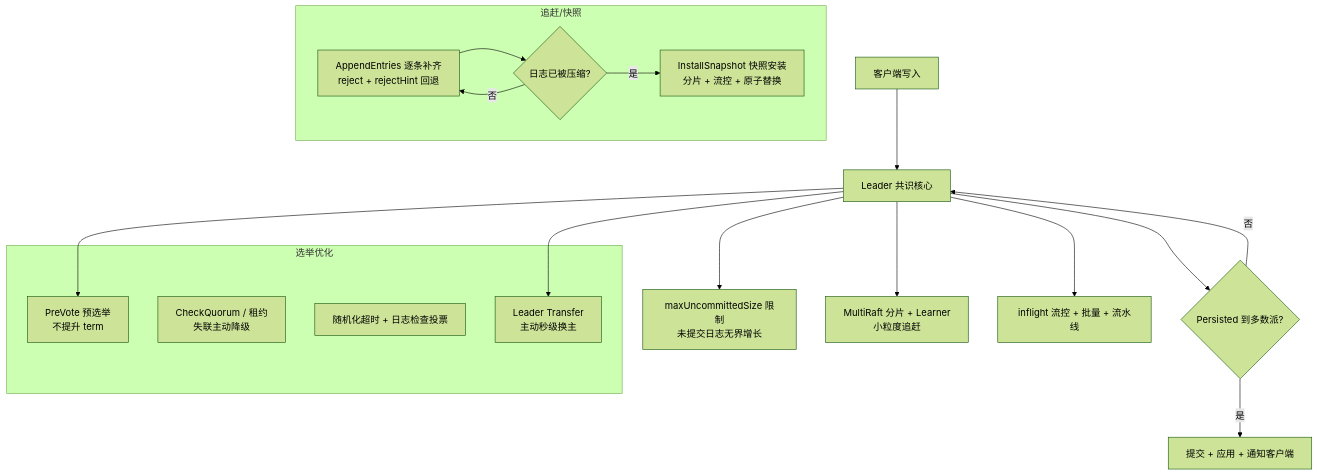
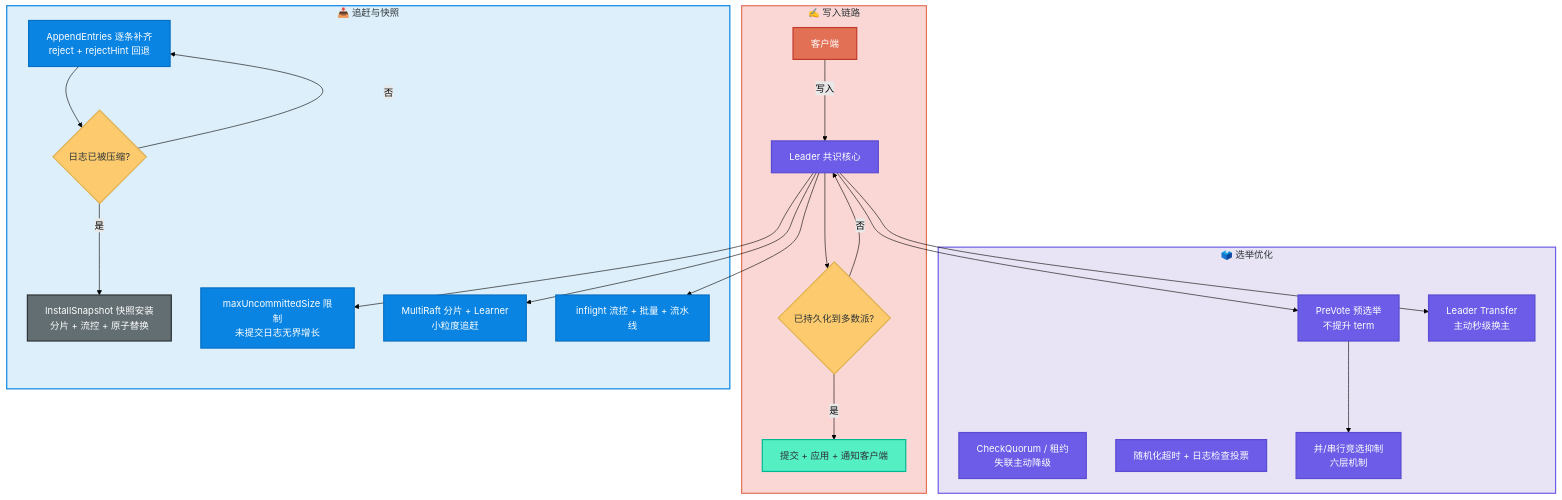
One commit to hswsp/cs-knowledge-wiki changed the diagram in docs/system-design/distributed-consensus/raft-object-storage-engineering.md. Above: the diagram before and after it, drawn with Mermaid (forest theme). The commit also changed other lines of this file, not shown here.

````diff
--- a/docs/system-design/distributed-consensus/raft-object-storage-engineering.md
+++ b/docs/system-design/distributed-consensus/raft-object-storage-engineering.md
@@ -254,32 +302,54 @@
 ```mermaid
-flowchart TD
-    A[客户端写入] --> B[Leader 共识核心]
-    B --> C{Persisted 到多数派?}
-    C -- 是 --> D[提交 + 应用 + 通知客户端]
-    C -- 否 --> B
-
-    subgraph 选举优化
-      E[PreVote 预选举<br/>不提升 term]
-      F[CheckQuorum / 租约<br/>失联主动降级]
-      G[随机化超时 + 日志检查投票]
-      H[Leader Transfer<br/>主动秒级换主]
+flowchart TB
+    subgraph write["✍️ 写入链路"]
+        A["客户端"] -->|写入| B["Leader 共识核心"]
+        B --> C{"已持久化到多数派?"}
+        C -- 是 --> D["提交 + 应用 + 通知客户端"]
+        C -- 否 --> B
     end
 
-    subgraph 追赶/快照
-      I[AppendEntries 逐条补齐<br/>reject + rejectHint 回退]
-      J{日志已被压缩?}
-      J -- 否 --> I
-      J -- 是 --> K[InstallSnapshot 快照安装<br/>分片 + 流控 + 原子替换]
+    subgraph elect["🗳️ 选举优化"]
+        E["PreVote 预选举<br/>不提升 term"]
+        F["CheckQuorum / 租约<br/>失联主动降级"]
+        G["随机化超时 + 日志检查投票"]
+        H["Leader Transfer<br/>主动秒级换主"]
+        I["并/串行竞选抑制<br/>六层机制"]
     end
 
-    L[maxUncommittedSize 限制<br/>未提交日志无界增长]
-    M[MultiRaft 分片 + Learner<br/>小粒度追赶]
-    N[inflight 流控 + 批量 + 流水线]
+    subgraph catchup["📥 追赶与快照"]
+        J["AppendEntries 逐条补齐<br/>reject + rejectHint 回退"]
+        K{"日志已被压缩?"}
+        K -- 否 --> J
+        K -- 是 --> L["InstallSnapshot 快照安装<br/>分片 + 流控 + 原子替换"]
+        M["maxUncommittedSize 限制<br/>未提交日志无界增长"]
+        N["MultiRaft 分片 + Learner<br/>小粒度追赶"]
+        O["inflight 流控 + 批量 + 流水线"]
+    end
 
     B --> E
     B --> H
-    I --> J
-    B --> L
+    E --> I
+    J --> K
     B --> M
     B --> N
+    B --> O
+
+    style A fill:#E17055,stroke:#C0392B,color:#fff,stroke-width:2px
+    style B fill:#6C5CE7,stroke:#5A4BD1,color:#fff,stroke-width:2px
+    style C fill:#FDCB6E,stroke:#E0B050,color:#2D3436,stroke-width:2px
+    style D fill:#55EFC4,stroke:#00B894,color:#2D3436,stroke-width:2px
+    style J fill:#0984E3,stroke:#0770C2,color:#fff,stroke-width:2px
+    style K fill:#FDCB6E,stroke:#E0B050,color:#2D3436,stroke-width:2px
+    style L fill:#636E72,stroke:#2D3436,color:#fff,stroke-width:2px
+    style M fill:#0984E3,stroke:#0770C2,color:#fff,stroke-width:2px
+    style N fill:#0984E3,stroke:#0770C2,color:#fff,stroke-width:2px
+    style O fill:#0984E3,stroke:#0770C2,color:#fff,stroke-width:2px
+    style E fill:#6C5CE7,stroke:#5A4BD1,color:#fff,stroke-width:2px
+    style F fill:#6C5CE7,stroke:#5A4BD1,color:#fff,stroke-width:2px
+    style G fill:#6C5CE7,stroke:#5A4BD1,color:#fff,stroke-width:2px
+    style H fill:#6C5CE7,stroke:#5A4BD1,color:#fff,stroke-width:2px
+    style I fill:#6C5CE7,stroke:#5A4BD1,color:#fff,stroke-width:2px
+    style write fill:#FAD7D4,stroke:#E17055,stroke-width:2px,color:#2D3436
+    style elect fill:#E8E4F5,stroke:#6C5CE7,stroke-width:2px,color:#2D3436
+    style catchup fill:#DCEFFB,stroke:#0984E3,stroke-width:2px,color:#2D3436
 ```
````
